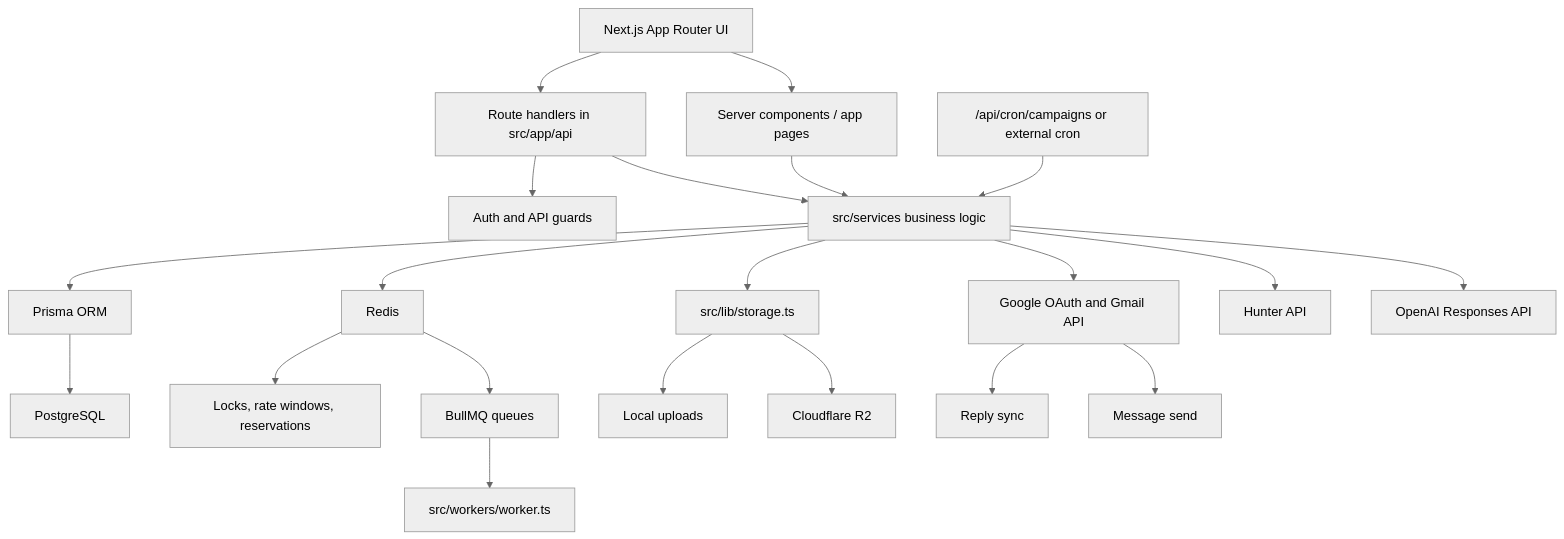
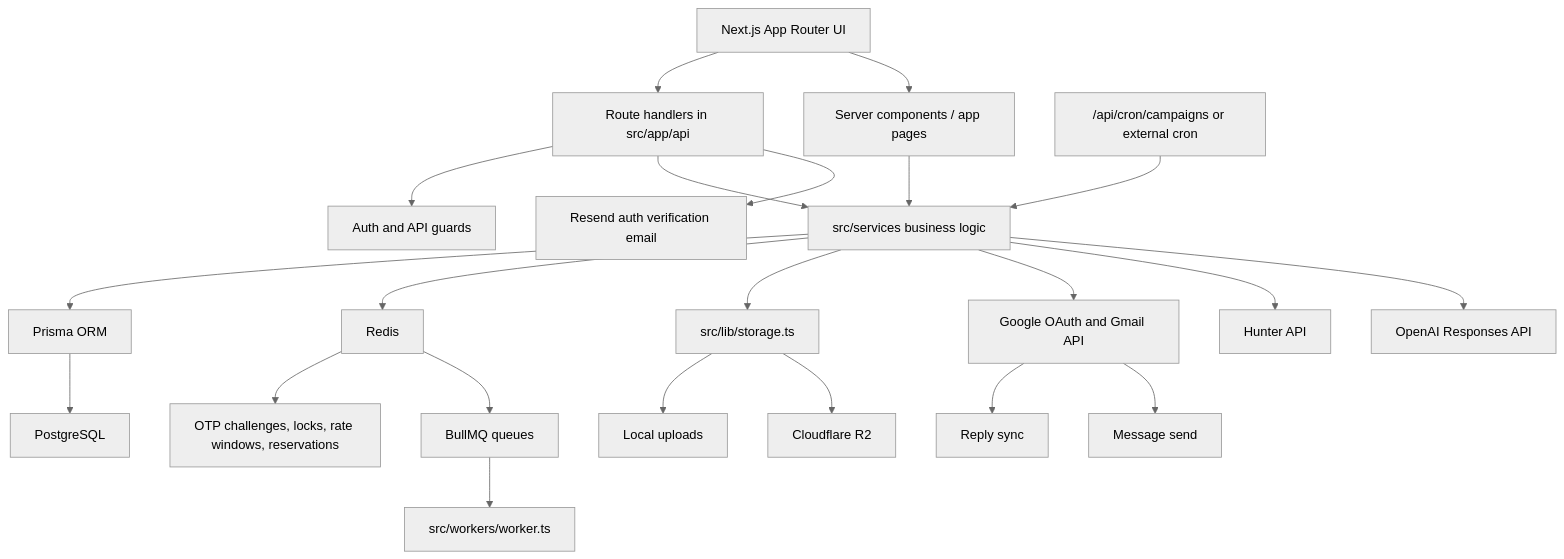
Before and after one commit to ka8540/Sendloom: the fifth of 13 diagrams in DOCUMENTATION.md, drawn with Mermaid (neutral theme). The commit also changed other lines of this file and 1 other file, not shown here.

Commit message:
Document secure email OTP verification

````diff
--- a/DOCUMENTATION.md
+++ b/DOCUMENTATION.md
@@ -503,23 +511,24 @@
 ```mermaid
 flowchart TD
     UI["Next.js App Router UI"] --> API["Route handlers in src/app/api"]
     UI --> SSR["Server components / app pages"]
     API --> Auth["Auth and API guards"]
     API --> Services["src/services business logic"]
     SSR --> Services
     Services --> Prisma["Prisma ORM"]
     Prisma --> Postgres["PostgreSQL"]
     Services --> Redis["Redis"]
-    Redis --> Locks["Locks, rate windows, reservations"]
+    Redis --> Locks["OTP challenges, locks, rate windows, reservations"]
     Redis --> BullMQ["BullMQ queues"]
     BullMQ --> Workers["src/workers/worker.ts"]
     Cron["/api/cron/campaigns or external cron"] --> Services
     Services --> Storage["src/lib/storage.ts"]
     Storage --> Local["Local uploads"]
     Storage --> R2["Cloudflare R2"]
     Services --> Gmail["Google OAuth and Gmail API"]
+    API --> Resend["Resend auth verification email"]
     Services --> Hunter["Hunter API"]
     Services --> OpenAI["OpenAI Responses API"]
     Gmail --> Replies["Reply sync"]
     Gmail --> Sends["Message send"]
 ```
````
